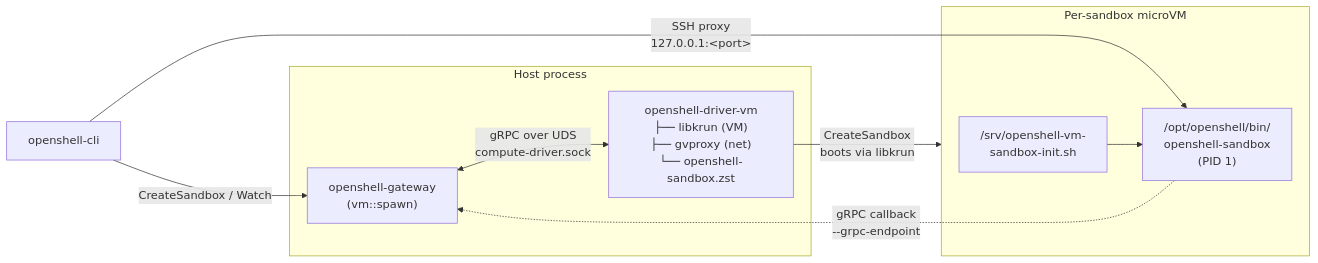
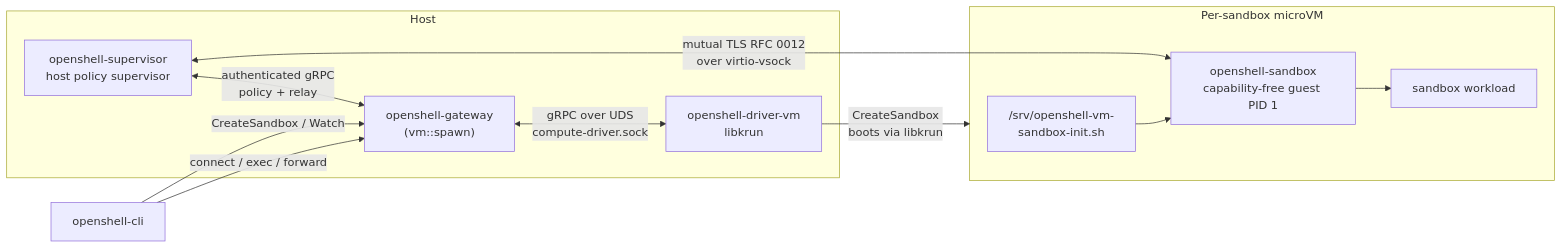
The diagram in crates/openshell-driver-vm/README.md (lightforgedev/OpenShell), drawn with Mermaid before and after one commit. The commit also changed other lines of this file and 302 other files, not shown here.

First line of the commit message:
feat(isolation): implement the RFC 0012 sandbox architecture (#2942)

````diff
--- a/crates/openshell-driver-vm/README.md
+++ b/crates/openshell-driver-vm/README.md
@@ -9,20 +11,23 @@
 ```mermaid
 flowchart LR
-    subgraph host["Host process"]
+    subgraph host["Host"]
         gateway["openshell-gateway<br/>(vm::spawn)"]
-        driver["openshell-driver-vm<br/>├── libkrun (VM)<br/>├── gvproxy (net)<br/>└── openshell-sandbox.zst"]
+        driver["openshell-driver-vm<br/>libkrun"]
+        supervisor["openshell-supervisor<br/>host policy supervisor"]
         gateway <-->|"gRPC over UDS<br/>compute-driver.sock"| driver
+        supervisor <-->|"authenticated gRPC<br/>policy + relay"| gateway
     end
 
     subgraph guest["Per-sandbox microVM"]
         init["/srv/openshell-vm-<br/>sandbox-init.sh"]
-        supervisor["/opt/openshell/bin/<br/>openshell-sandbox<br/>(PID 1)"]
-        init --> supervisor
+        sandbox["openshell-sandbox<br/>capability-free guest PID 1"]
+        workload["sandbox workload"]
+        init --> sandbox --> workload
     end
 
     driver -->|"CreateSandbox<br/>boots via libkrun"| guest
-    supervisor -.->|"gRPC callback<br/>--grpc-endpoint"| gateway
+    supervisor <-->|"mutual TLS RFC 0012<br/>over virtio-vsock"| sandbox
 
-    client["openshell-cli"] -->|"SSH proxy<br/>127.0.0.1:&lt;port&gt;"| supervisor
+    client["openshell-cli"] -->|"connect / exec / forward"| gateway
     client -->|"CreateSandbox / Watch"| gateway
 ```
````
